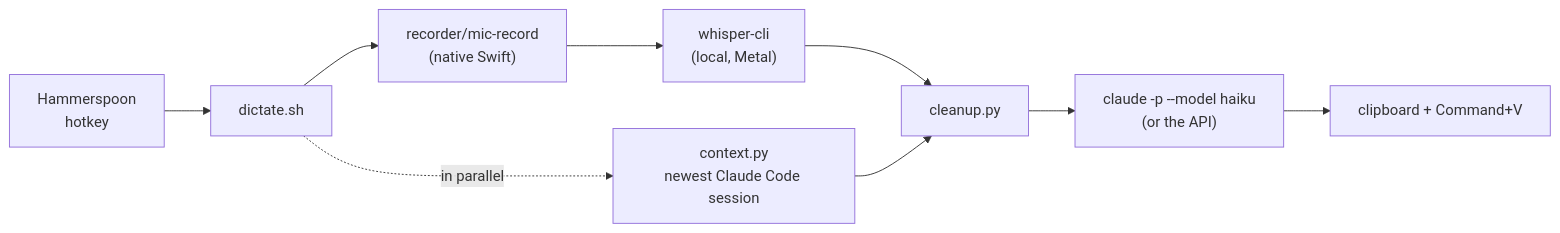
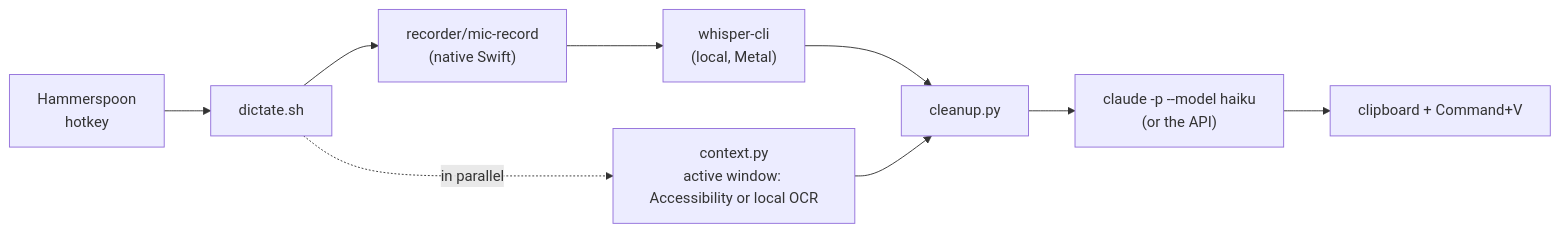
Before and after one commit to lukegeel101/ramble: the diagram in README.md, drawn with Mermaid. The commit also changed other lines of this file and 18 other files, not shown here.

Commit message:
Use active conversation context for terminal and desktop dictation

````diff
--- a/README.md
+++ b/README.md
@@ -181,11 +208,11 @@
 ```mermaid
 flowchart LR
     H["Hammerspoon<br/>hotkey"] --> D["dictate.sh"]
     D --> M["recorder/mic-record<br/>(native Swift)"]
     M --> W["whisper-cli<br/>(local, Metal)"]
-    D -. "in parallel" .-> X["context.py<br/>newest Claude Code session"]
+    D -. "in parallel" .-> X["context.py<br/>active window: Accessibility or local OCR"]
     W --> C["cleanup.py"]
     X --> C
     C --> L["claude -p --model haiku<br/>(or the API)"]
     L --> P["clipboard + Command+V"]
 ```
````
